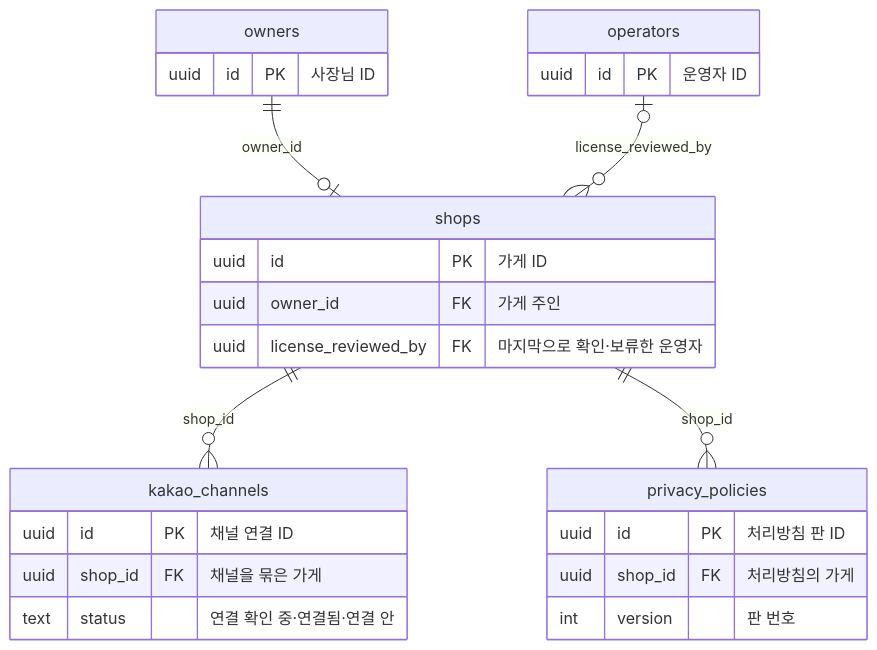
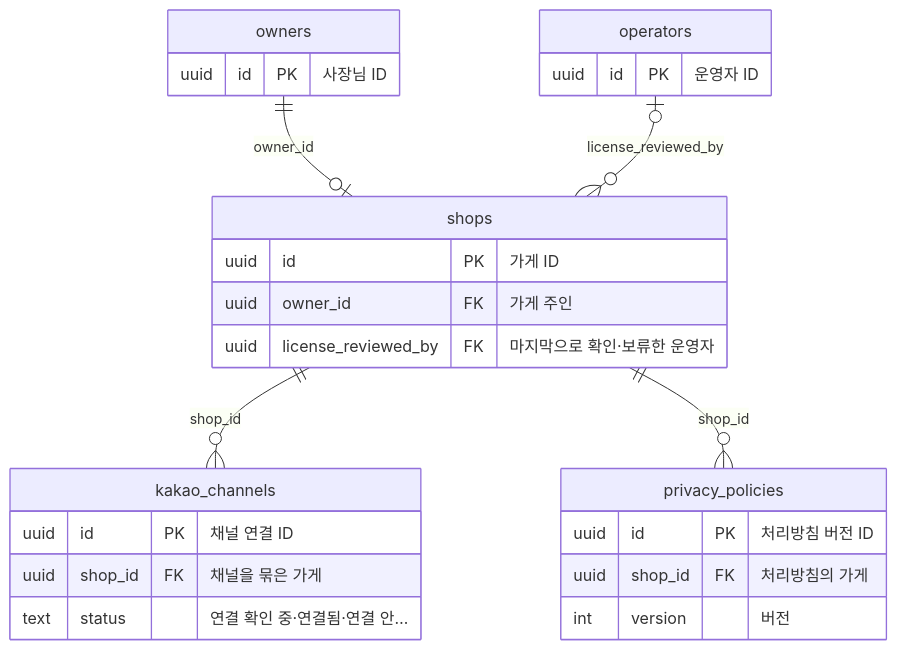
Before and after one commit to kodonghui/siljang.ai: the eighth of 11 diagrams in docs/05-erd/README.md, drawn with Mermaid. The commit also changed other lines of this file and 55 other files, not shown here.

````diff
--- a/docs/05-erd/README.md
+++ b/docs/05-erd/README.md
@@ -513,28 +513,28 @@
 ```mermaid
 erDiagram
   owners {
     uuid id PK "사장님 ID"
   }
   operators {
     uuid id PK "운영자 ID"
   }
   shops {
     uuid id PK "가게 ID"
     uuid owner_id FK "가게 주인"
     uuid license_reviewed_by FK "마지막으로 확인·보류한 운영자"
   }
   kakao_channels {
     uuid id PK "채널 연결 ID"
     uuid shop_id FK "채널을 묶은 가게"
-    text status "연결 확인 중·연결됨·연결 안"
+    text status "연결 확인 중·연결됨·연결 안…"
   }
   privacy_policies {
-    uuid id PK "처리방침 판 ID"
+    uuid id PK "처리방침 버전 ID"
     uuid shop_id FK "처리방침의 가게"
-    int version "판 번호"
+    int version "버전"
   }
   owners ||--o| shops : "owner_id"
   operators |o--o{ shops : "license_reviewed_by"
   shops ||--o{ kakao_channels : "shop_id"
   shops ||--o{ privacy_policies : "shop_id"
 ```
````
